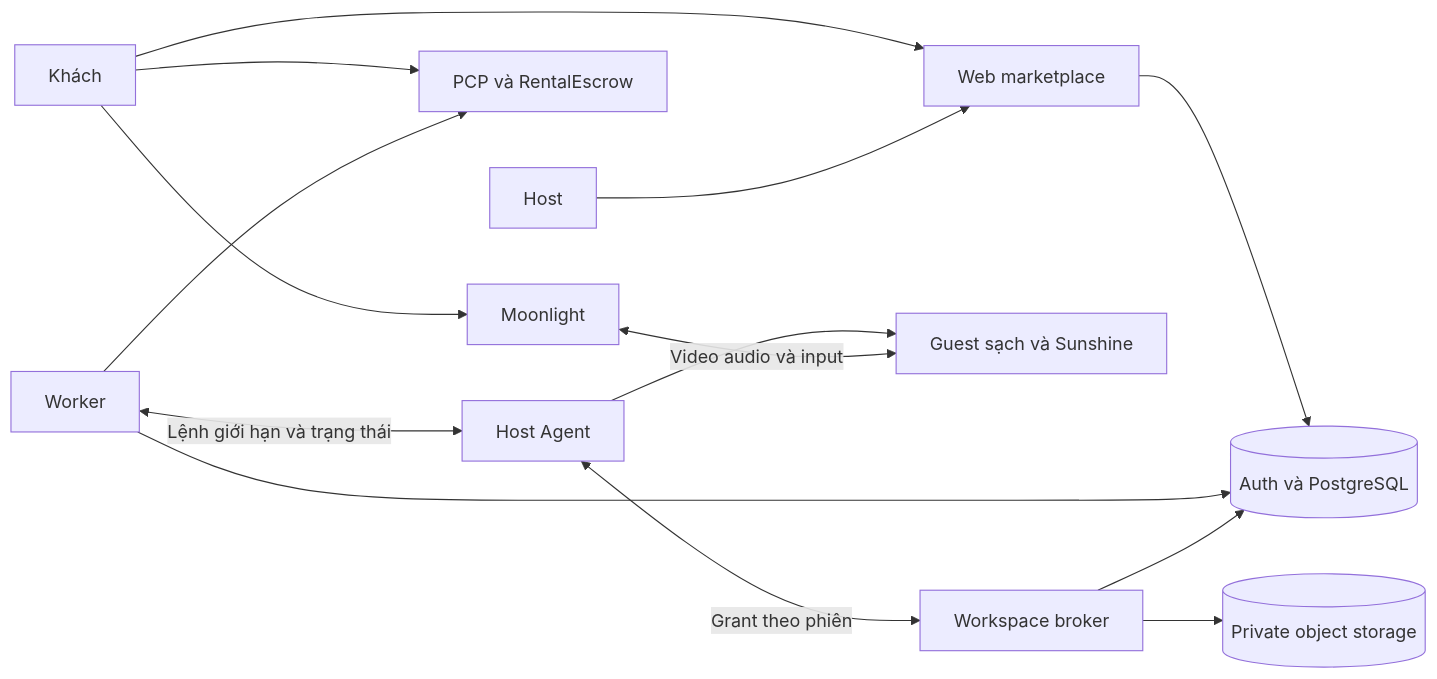
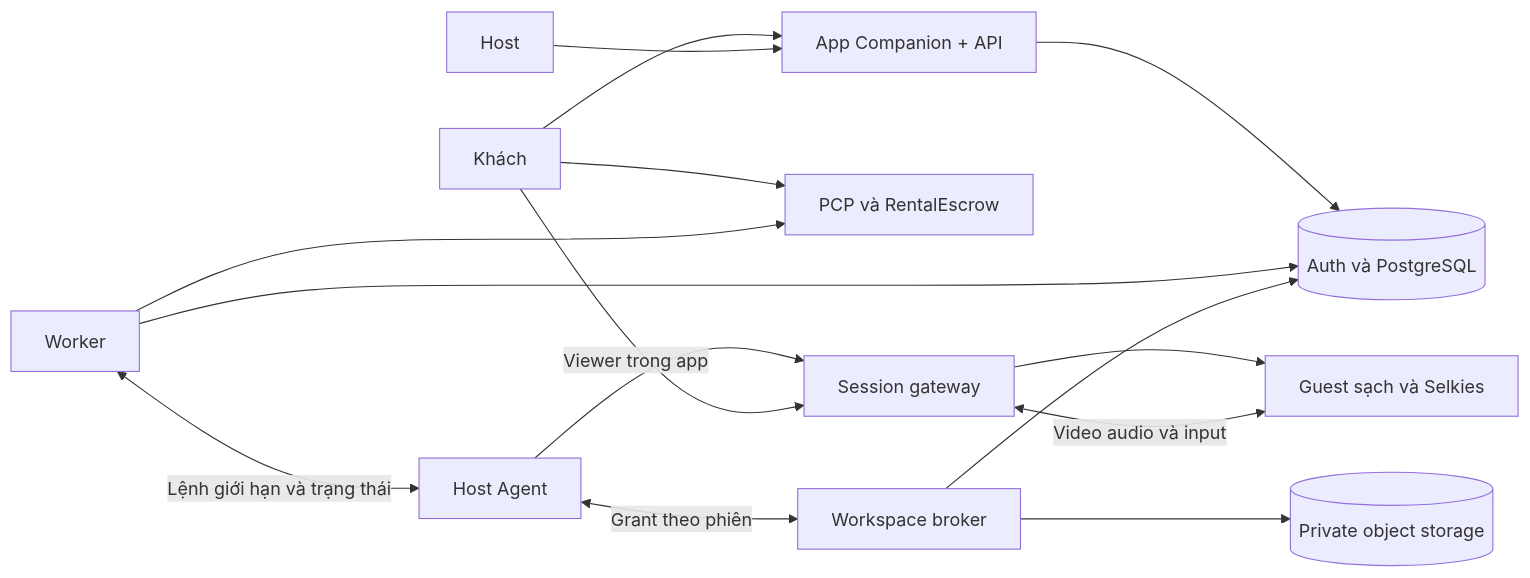
The diagram in docs/ARCHITECTURE.md (nguyenkhoi152/cloud-pc-marketplace), drawn with Mermaid before and after one commit. The commit also changed other lines of this file and 38 other files, not shown here.

```diff
--- a/docs/ARCHITECTURE.md
+++ b/docs/ARCHITECTURE.md
@@ -35,16 +39,17 @@
 ~~~mermaid
 flowchart LR
-    U[Khách] --> W[Web marketplace]
+    U[Khách] --> W[App Companion + API]
     H[Host] --> W
     W --> DB[(Auth và PostgreSQL)]
     U --> E[PCP và RentalEscrow]
     K[Worker] --> E
     K --> DB
     K <-->|Lệnh giới hạn và trạng thái| A[Host Agent]
-    A --> D[Guest sạch và Sunshine]
-    U --> M[Moonlight]
-    M <-->|Video audio và input| D
+    A --> G[Session gateway]
+    G --> D[Guest sạch và Selkies]
+    U -->|Viewer trong app| G
+    G <-->|Video audio và input| D
     A <-->|Grant theo phiên| S[Workspace broker]
     S --> O[(Private object storage)]
     S --> DB
 ~~~
```
